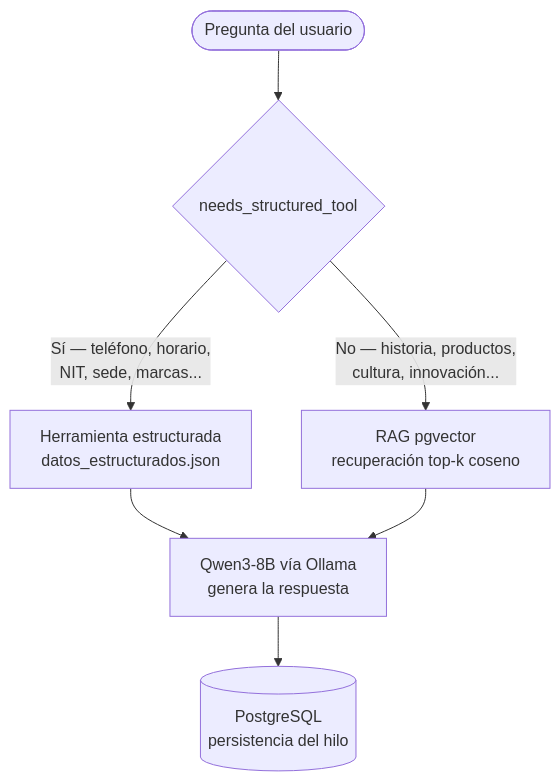
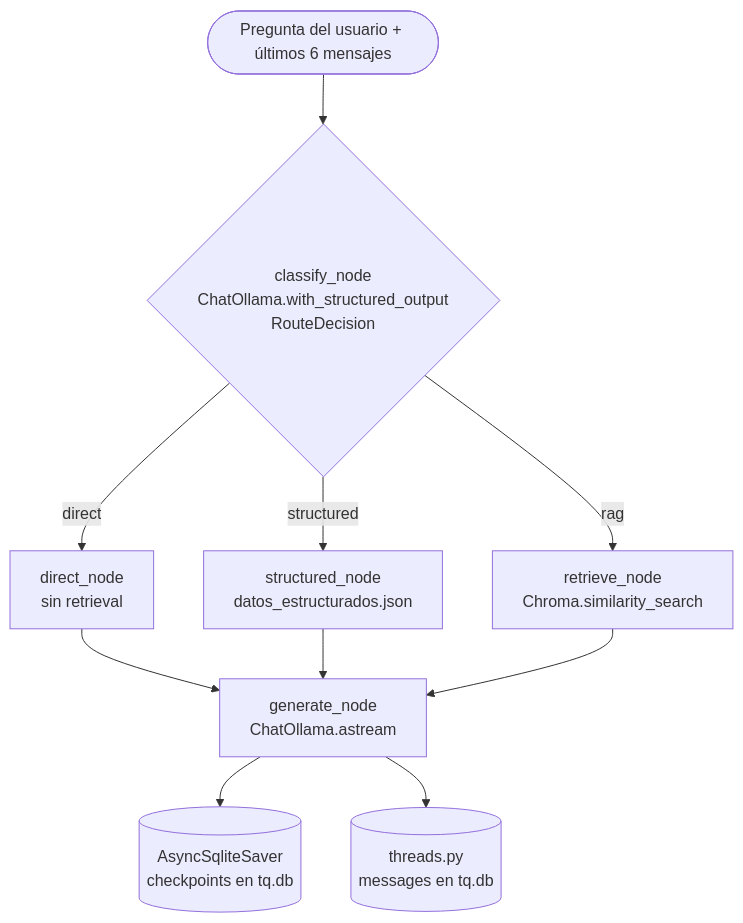
Before and after one commit to dimarior/tq_chatbot: the fourth of 4 diagrams in README.md, drawn with Mermaid. The commit also changed other lines of this file and 1 other file, not shown here.

````diff
--- a/README.md
+++ b/README.md
@@ -315,11 +365,15 @@
 ```mermaid
 flowchart TD
-    Q([Pregunta del usuario]) --> R{needs_structured_tool}
+    Q([Pregunta del usuario + últimos 6 mensajes]) --> R{classify_node<br/>ChatOllama.with_structured_output<br/>RouteDecision}
 
-    R -->|Sí — teléfono, horario,<br/>NIT, sede, marcas...| ST[Herramienta estructurada<br/>datos_estructurados.json]
-    R -->|No — historia, productos,<br/>cultura, innovación...| RAG[RAG pgvector<br/>recuperación top-k coseno]
+    R -->|direct| DR[direct_node<br/>sin retrieval]
+    R -->|structured| ST[structured_node<br/>datos_estructurados.json]
+    R -->|rag| RAG[retrieve_node<br/>Chroma.similarity_search]
 
-    ST --> LLM[Qwen3-8B vía Ollama<br/>genera la respuesta]
+    DR --> LLM[generate_node<br/>ChatOllama.astream]
+    ST --> LLM
     RAG --> LLM
-    LLM --> DB[(PostgreSQL<br/>persistencia del hilo)]
+
+    LLM --> CP[(AsyncSqliteSaver<br/>checkpoints en tq.db)]
+    LLM --> DB[(threads.py<br/>messages en tq.db)]
 ```
````
